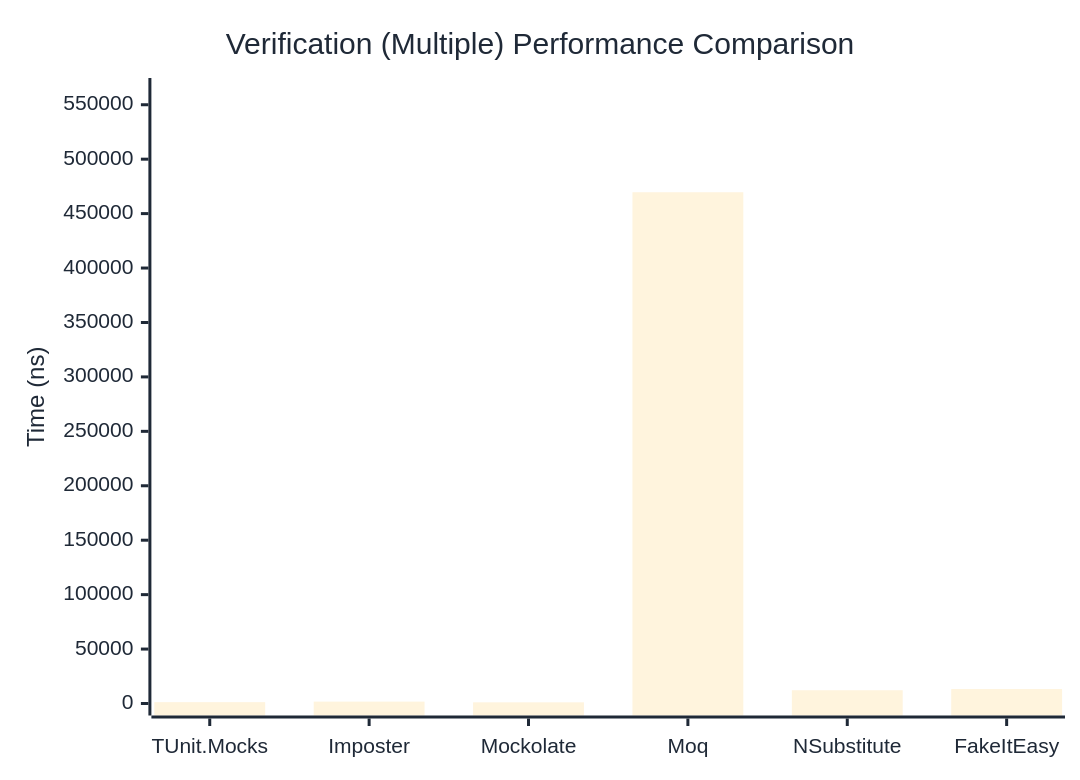
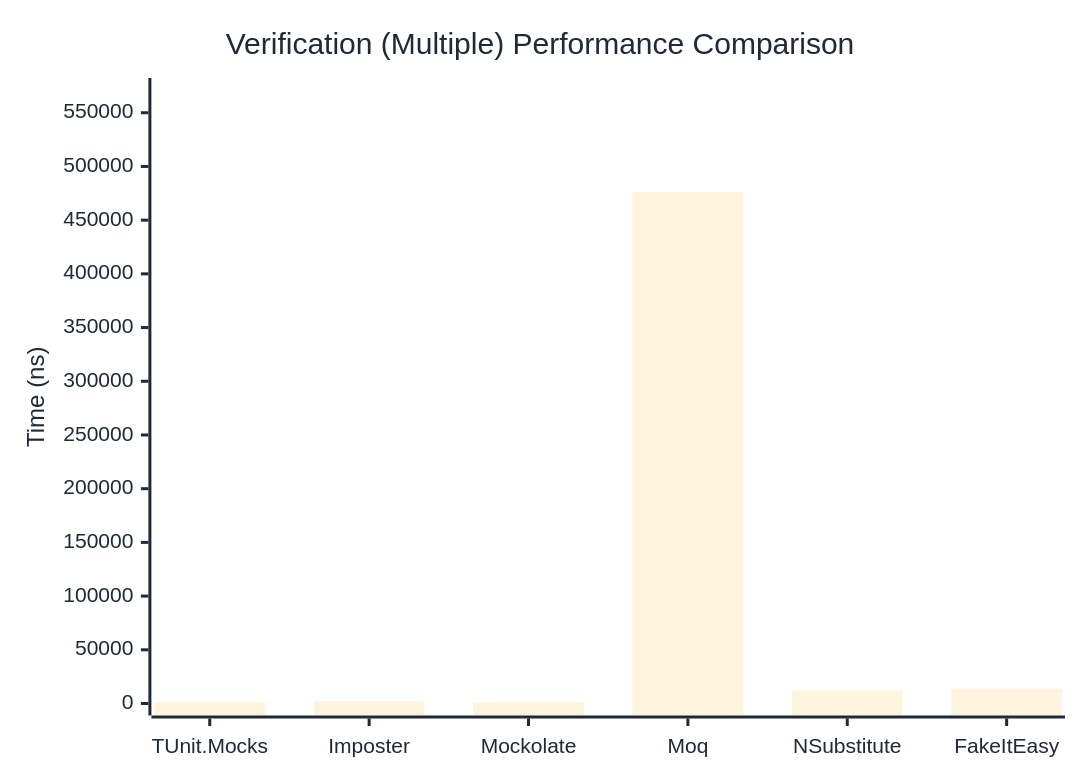
Before and after one commit to thomhurst/TUnit: the third of 3 diagrams in docs/docs/benchmarks/mocks/Verification.md, drawn with Mermaid. The commit also changed other lines of this file and 14 other files, not shown here.

````diff
--- a/docs/docs/benchmarks/mocks/Verification.md
+++ b/docs/docs/benchmarks/mocks/Verification.md
@@ -112,27 +112,27 @@
 ```mermaid
 %%{init: {
   'theme':'base',
   'themeVariables': {
     'primaryColor': '#2563eb',
     'primaryTextColor': '#1f2937',
     'primaryBorderColor': '#1e40af',
     'lineColor': '#6b7280',
     'secondaryColor': '#7c3aed',
     'tertiaryColor': '#dc2626',
     'background': '#ffffff',
     'pie1': '#2563eb',
     'pie2': '#7c3aed',
     'pie3': '#dc2626',
     'pie4': '#f59e0b',
     'pie5': '#10b981',
     'pie6': '#06b6d4',
     'pie7': '#ec4899',
     'pie8': '#6366f1'
   }
 }}%%
 xychart-beta
   title "Verification (Multiple) Performance Comparison"
   x-axis ["TUnit.Mocks", "Imposter", "Mockolate", "Moq", "NSubstitute", "FakeItEasy"]
-  y-axis "Time (ns)" 0 --> 563543
-  bar [1240.92, 1738.64, 1078.38, 469618.42, 12177.9, 13284.98]
+  y-axis "Time (ns)" 0 --> 571175
+  bar [1365.39, 2022.01, 1142.28, 475978.55, 12134.89, 13846.77]
 ```
````
